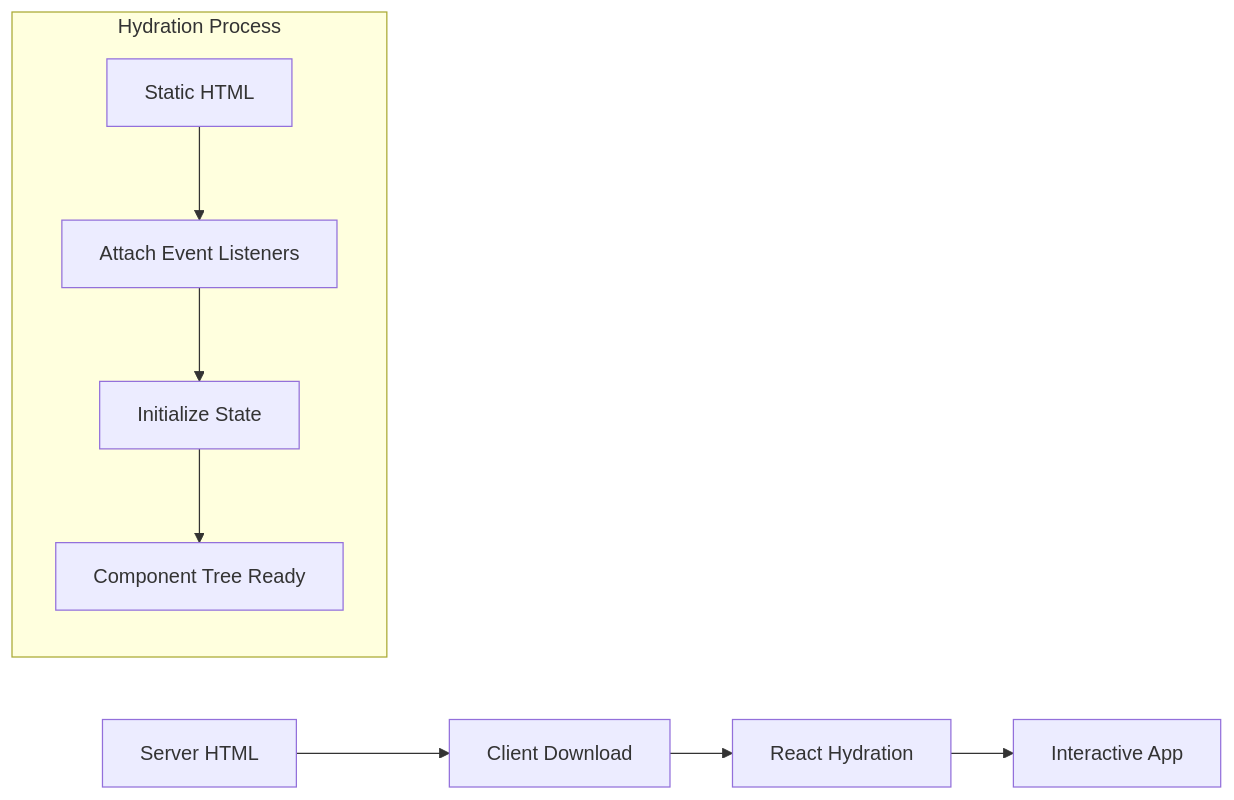
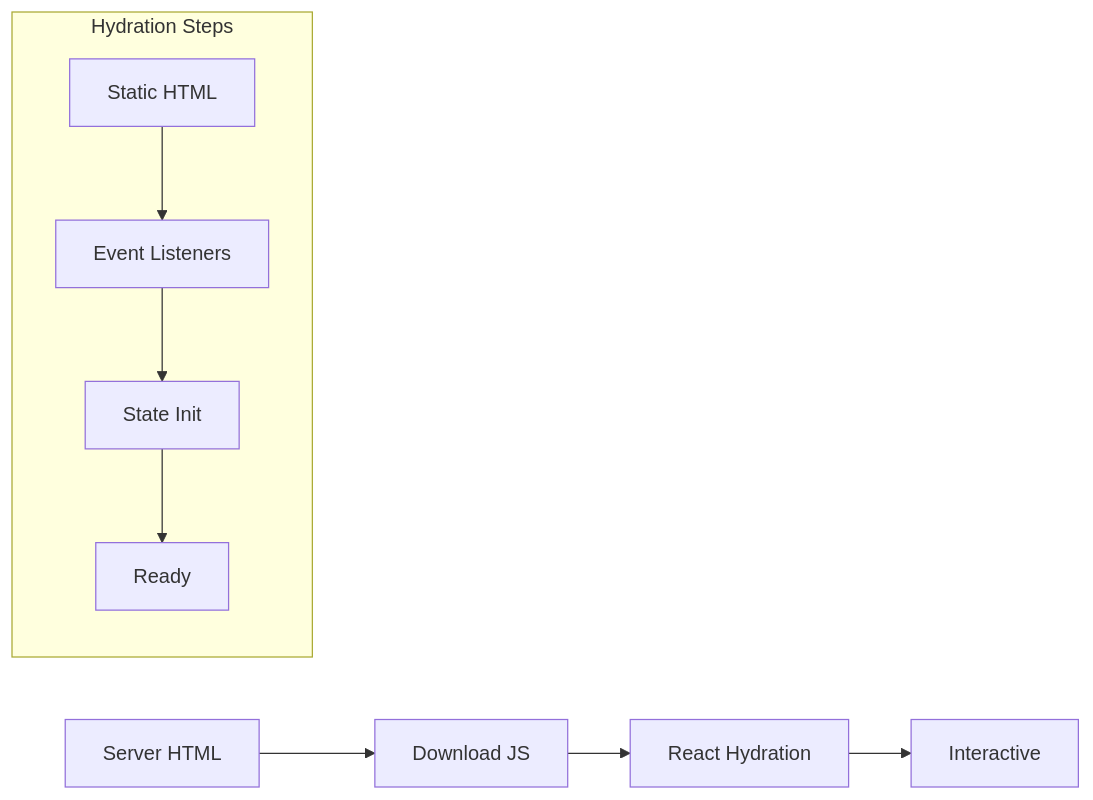
The fourth of 4 diagrams in src/content/soft-skills/nextjs/bai-8.mdx (khieu-dv/vievlog), drawn with Mermaid before and after one commit. The commit also changed other lines of this file and 1 other file, not shown here.

````diff
--- a/src/content/soft-skills/nextjs/bai-8.mdx
+++ b/src/content/soft-skills/nextjs/bai-8.mdx
@@ -373,15 +372,15 @@
 ```mermaid
 graph LR
-    A[Server HTML] --> B[Client Download]
+    A[Server HTML] --> B[Download JS]
     B --> C[React Hydration]
-    C --> D[Interactive App]
+    C --> D[Interactive]
     
-    subgraph "Hydration Process"
+    subgraph "Hydration Steps"
         E[Static HTML]
-        F[Attach Event Listeners]
-        G[Initialize State]
-        H[Component Tree Ready]
+        F[Event Listeners]
+        G[State Init]
+        H[Ready]
         
         E --> F --> G --> H
     end
 ```
````
